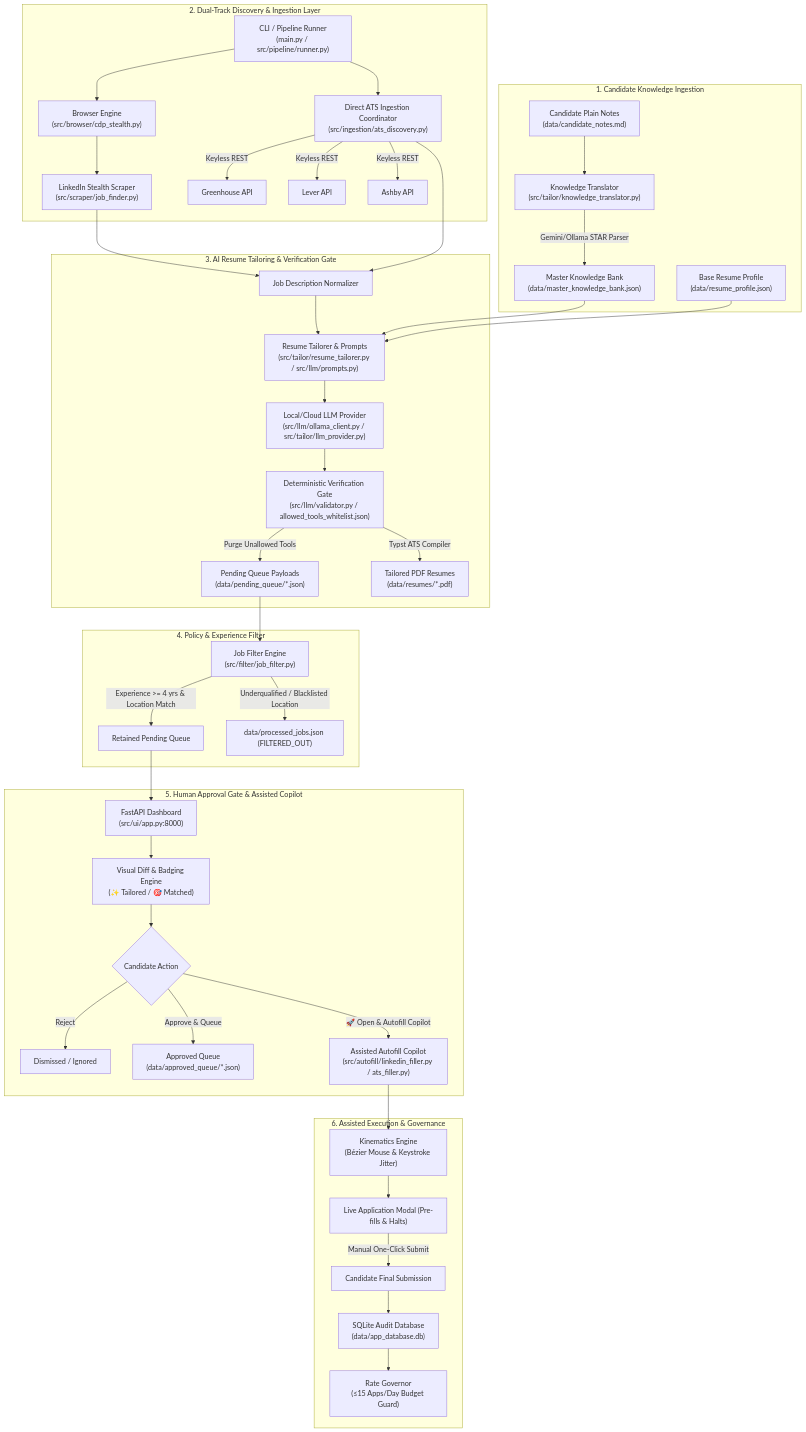
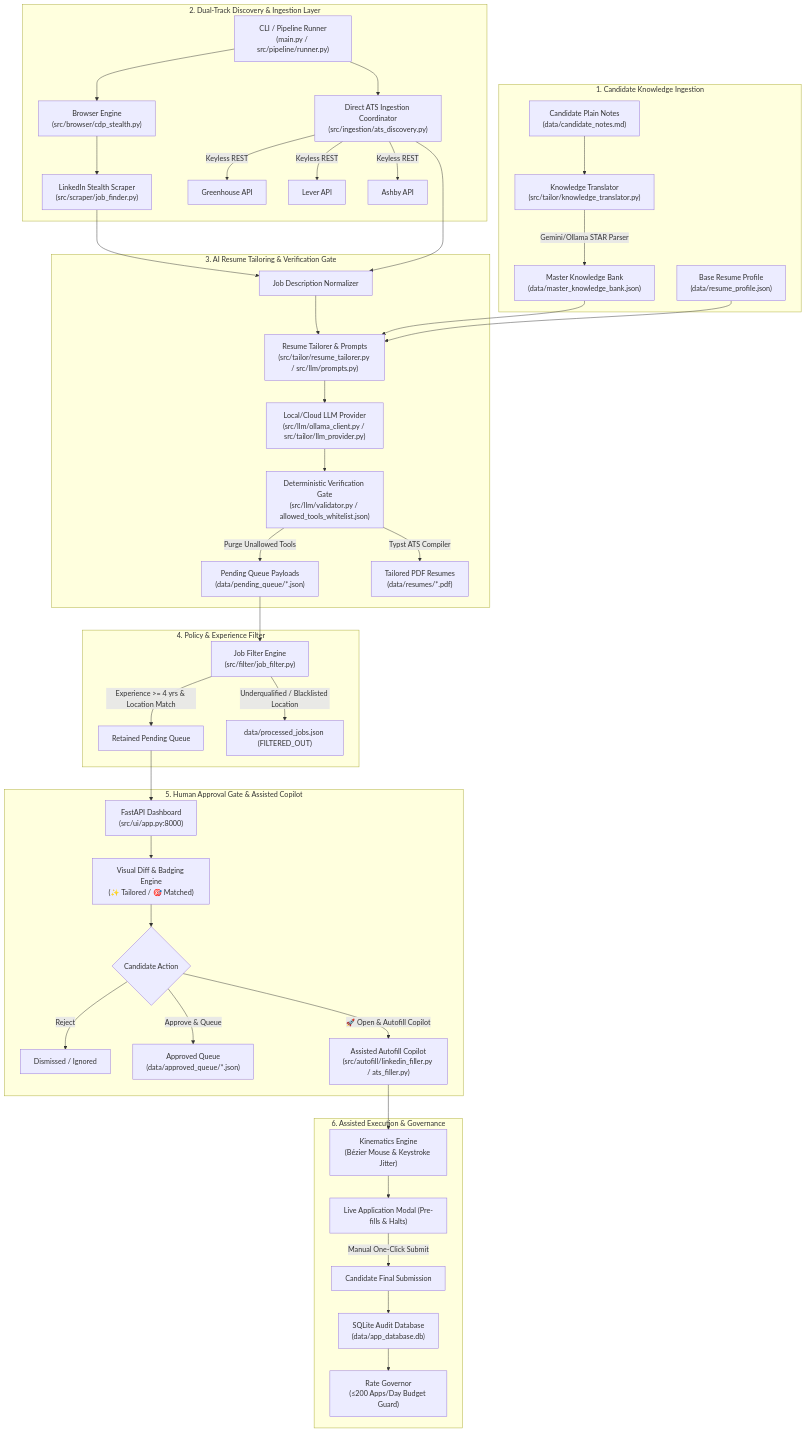
The diagram in SYSTEM_ARCHITECTURE.md (manjunathk833/linkedin-automator), drawn with Mermaid before and after one commit. The commit also changed other lines of this file and 10 other files, not shown here.

````diff
--- a/SYSTEM_ARCHITECTURE.md
+++ b/SYSTEM_ARCHITECTURE.md
@@ -32,52 +32,52 @@
 ```mermaid
 graph TD
     subgraph "1. Candidate Knowledge Ingestion"
         A["Candidate Plain Notes<br/>(data/candidate_notes.md)"] --> B["Knowledge Translator<br/>(src/tailor/knowledge_translator.py)"]
         B -->|Gemini/Ollama STAR Parser| C["Master Knowledge Bank<br/>(data/master_knowledge_bank.json)"]
         D["Base Resume Profile<br/>(data/resume_profile.json)"]
     end
 
     subgraph "2. Dual-Track Discovery & Ingestion Layer"
         E["CLI / Pipeline Runner<br/>(main.py / src/pipeline/runner.py)"] --> F["Browser Engine<br/>(src/browser/cdp_stealth.py)"]
         F --> G["LinkedIn Stealth Scraper<br/>(src/scraper/job_finder.py)"]
         E --> H["Direct ATS Ingestion Coordinator<br/>(src/ingestion/ats_discovery.py)"]
         H -->|Keyless REST| H1["Greenhouse API"]
         H -->|Keyless REST| H2["Lever API"]
         H -->|Keyless REST| H3["Ashby API"]
     end
 
     subgraph "3. AI Resume Tailoring & Verification Gate"
         G --> I["Job Description Normalizer"]
         H --> I
         I --> J["Resume Tailorer & Prompts<br/>(src/tailor/resume_tailorer.py / src/llm/prompts.py)"]
         C --> J
         D --> J
         J --> K["Local/Cloud LLM Provider<br/>(src/llm/ollama_client.py / src/tailor/llm_provider.py)"]
         K --> L["Deterministic Verification Gate<br/>(src/llm/validator.py / allowed_tools_whitelist.json)"]
         L -->|Purge Unallowed Tools| M["Pending Queue Payloads<br/>(data/pending_queue/*.json)"]
         L -->|Typst ATS Compiler| M2["Tailored PDF Resumes<br/>(data/resumes/*.pdf)"]
     end
 
     subgraph "4. Policy & Experience Filter"
         M --> N["Job Filter Engine<br/>(src/filter/job_filter.py)"]
         N -->|Experience >= 4 yrs & Location Match| O["Retained Pending Queue"]
         N -->|Underqualified / Blacklisted Location| P["data/processed_jobs.json (FILTERED_OUT)"]
     end
 
     subgraph "5. Human Approval Gate & Assisted Copilot"
         O --> Q["FastAPI Dashboard<br/>(src/ui/app.py:8000)"]
         Q --> R["Visual Diff & Badging Engine<br/>(✨ Tailored / 🎯 Matched)"]
         R --> S{Candidate Action}
         S -->|Reject| T["Dismissed / Ignored"]
         S -->|Approve & Queue| U["Approved Queue<br/>(data/approved_queue/*.json)"]
         S -->|🚀 Open & Autofill Copilot| V["Assisted Autofill Copilot<br/>(src/autofill/linkedin_filler.py / ats_filler.py)"]
     end
 
     subgraph "6. Assisted Execution & Governance"
         V --> W["Kinematics Engine<br/>(Bézier Mouse & Keystroke Jitter)"]
         W --> X["Live Application Modal (Pre-fills & Halts)"]
         X -->|Manual One-Click Submit| Y["Candidate Final Submission"]
         Y --> Z["SQLite Audit Database<br/>(data/app_database.db)"]
-        Z --> GOV["Rate Governor<br/>(≤15 Apps/Day Budget Guard)"]
+        Z --> GOV["Rate Governor<br/>(≤200 Apps/Day Budget Guard)"]
     end
 ```
````
